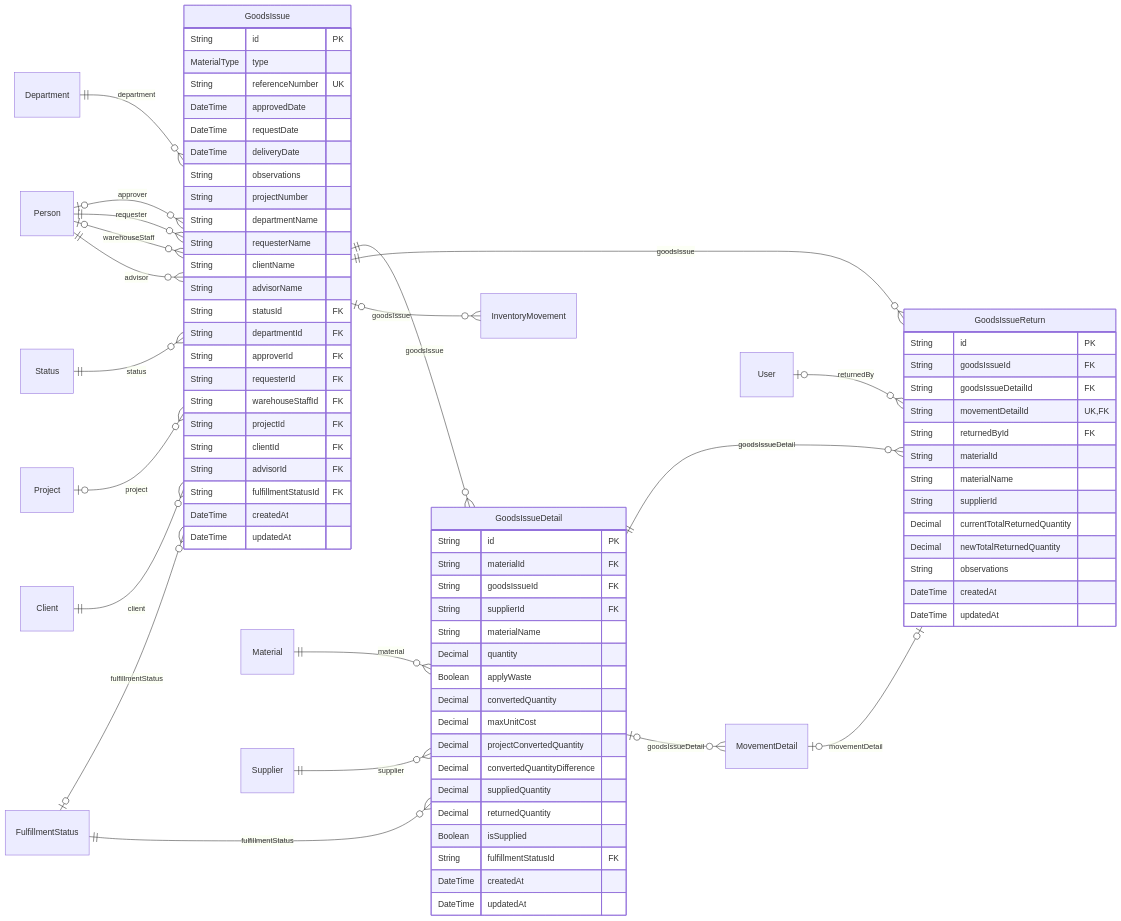
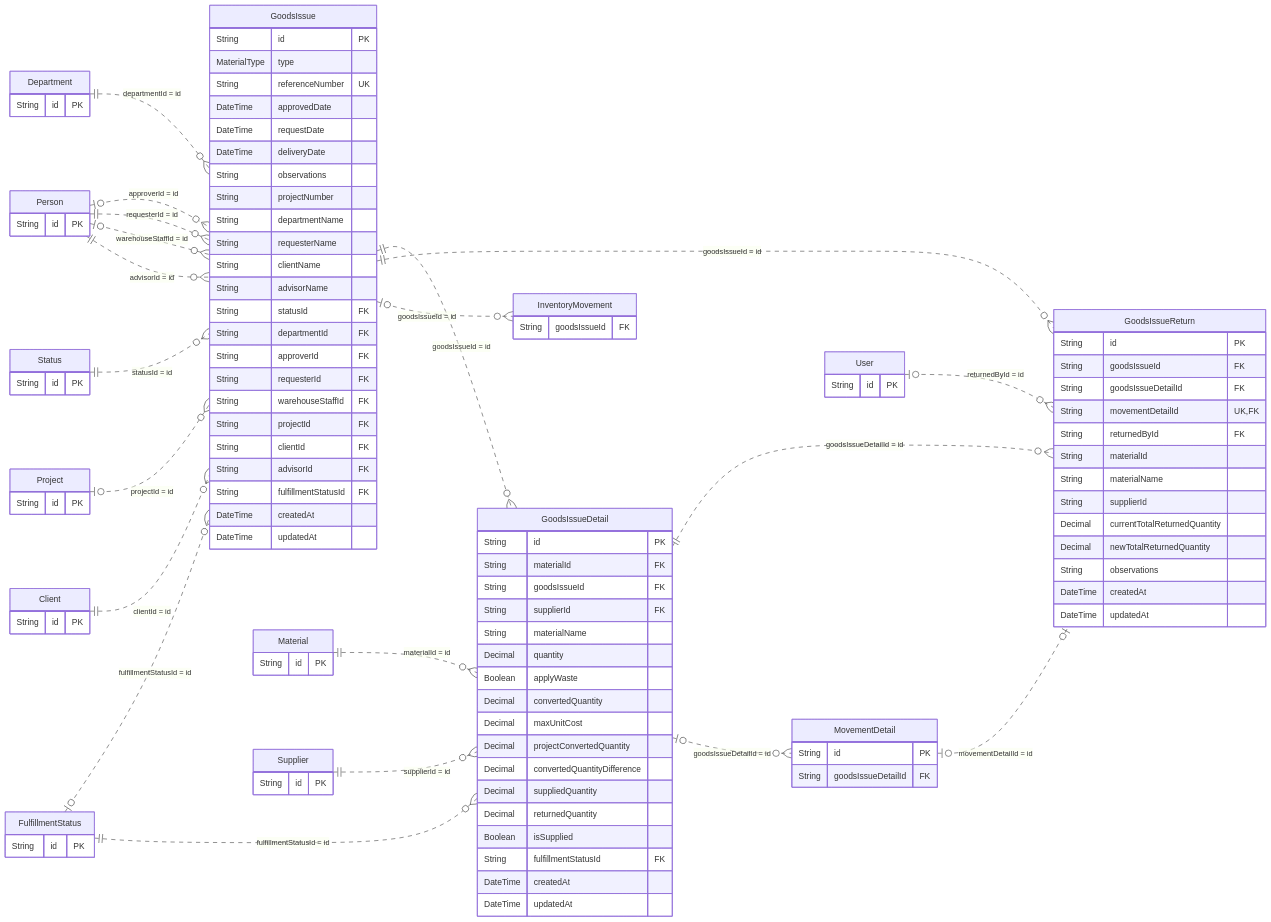
One commit to gpgsistemas01/nexus changed the ninth of 14 diagrams in docs/architecture/views/logical/data-and-persistence/generated/database-schema.md. Above: the diagram before and after it, drawn with Mermaid. The commit also changed other lines of this file and 20 other files, not shown here.

Commit message:
docs: corregir relaciones ER y notación UML de diagramas

````diff
--- a/docs/architecture/views/logical/data-and-persistence/generated/database-schema.md
+++ b/docs/architecture/views/logical/data-and-persistence/generated/database-schema.md
@@ -403,23 +578,57 @@
         DateTime createdAt
         DateTime updatedAt
     }
-    Department ||--o{ GoodsIssue : "department"
-    Person o|--o{ GoodsIssue : "approver"
-    Person ||--o{ GoodsIssue : "requester"
-    Person o|--o{ GoodsIssue : "warehouseStaff"
-    Status ||--o{ GoodsIssue : "status"
-    Project o|--o{ GoodsIssue : "project"
-    Client ||--o{ GoodsIssue : "client"
-    Person ||--o{ GoodsIssue : "advisor"
-    FulfillmentStatus o|--o{ GoodsIssue : "fulfillmentStatus"
-    Material ||--o{ GoodsIssueDetail : "material"
-    Supplier ||--o{ GoodsIssueDetail : "supplier"
-    GoodsIssue ||--o{ GoodsIssueDetail : "goodsIssue"
-    FulfillmentStatus ||--o{ GoodsIssueDetail : "fulfillmentStatus"
-    GoodsIssue ||--o{ GoodsIssueReturn : "goodsIssue"
-    GoodsIssueDetail ||--o{ GoodsIssueReturn : "goodsIssueDetail"
-    MovementDetail o|--o| GoodsIssueReturn : "movementDetail"
-    User o|--o{ GoodsIssueReturn : "returnedBy"
-    GoodsIssue o|--o{ InventoryMovement : "goodsIssue"
-    GoodsIssueDetail o|--o{ MovementDetail : "goodsIssueDetail"
+    Department {
+        String id PK
+    }
+    Person {
+        String id PK
+    }
+    Status {
+        String id PK
+    }
+    Project {
+        String id PK
+    }
+    Client {
+        String id PK
+    }
+    FulfillmentStatus {
+        String id PK
+    }
+    Material {
+        String id PK
+    }
+    Supplier {
+        String id PK
+    }
+    MovementDetail {
+        String id PK
+        String goodsIssueDetailId FK
+    }
+    User {
+        String id PK
+    }
+    InventoryMovement {
+        String goodsIssueId FK
+    }
+    Department ||..o{ GoodsIssue : "departmentId = id"
+    Person o|..o{ GoodsIssue : "approverId = id"
+    Person ||..o{ GoodsIssue : "requesterId = id"
+    Person o|..o{ GoodsIssue : "warehouseStaffId = id"
+    Status ||..o{ GoodsIssue : "statusId = id"
+    Project o|..o{ GoodsIssue : "projectId = id"
+    Client ||..o{ GoodsIssue : "clientId = id"
+    Person ||..o{ GoodsIssue : "advisorId = id"
+    FulfillmentStatus o|..o{ GoodsIssue : "fulfillmentStatusId = id"
+    Material ||..o{ GoodsIssueDetail : "materialId = id"
+    Supplier ||..o{ GoodsIssueDetail : "supplierId = id"
+    GoodsIssue ||..o{ GoodsIssueDetail : "goodsIssueId = id"
+    FulfillmentStatus ||..o{ GoodsIssueDetail : "fulfillmentStatusId = id"
+    GoodsIssue ||..o{ GoodsIssueReturn : "goodsIssueId = id"
+    GoodsIssueDetail ||..o{ GoodsIssueReturn : "goodsIssueDetailId = id"
+    MovementDetail o|..o| GoodsIssueReturn : "movementDetailId = id"
+    User o|..o{ GoodsIssueReturn : "returnedById = id"
+    GoodsIssue o|..o{ InventoryMovement : "goodsIssueId = id"
+    GoodsIssueDetail o|..o{ MovementDetail : "goodsIssueDetailId = id"
 ```
````
